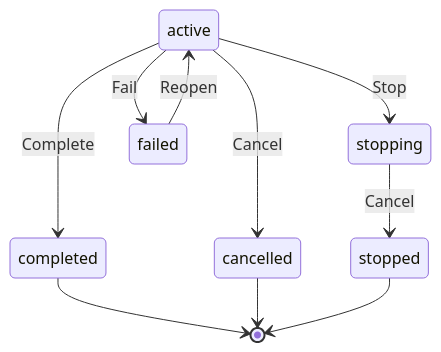
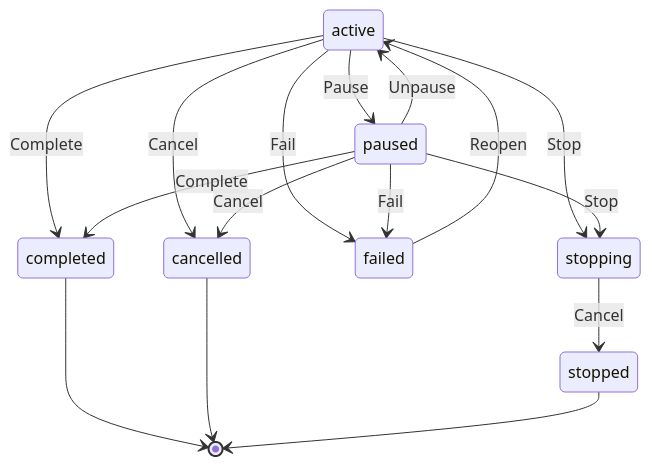
Before and after one commit to otaviobarros/hobbots: the diagram in docs/architecture/machines/quest.md, drawn with Mermaid. The commit also changed other lines of this file and 84 other files, not shown here.

````diff
--- a/docs/architecture/machines/quest.md
+++ b/docs/architecture/machines/quest.md
@@ -16,12 +17,18 @@
 ```mermaid
 stateDiagram-v2
   active --> stopping: Stop
+  paused --> stopping: Stop
   active --> completed: Complete
+  paused --> completed: Complete
   active --> failed: Fail
+  paused --> failed: Fail
   stopping --> stopped: Cancel
   active --> cancelled: Cancel
+  paused --> cancelled: Cancel
+  active --> paused: Pause
+  paused --> active: Unpause
   failed --> active: Reopen
   completed --> [*]
   cancelled --> [*]
   stopped --> [*]
 ```
````
